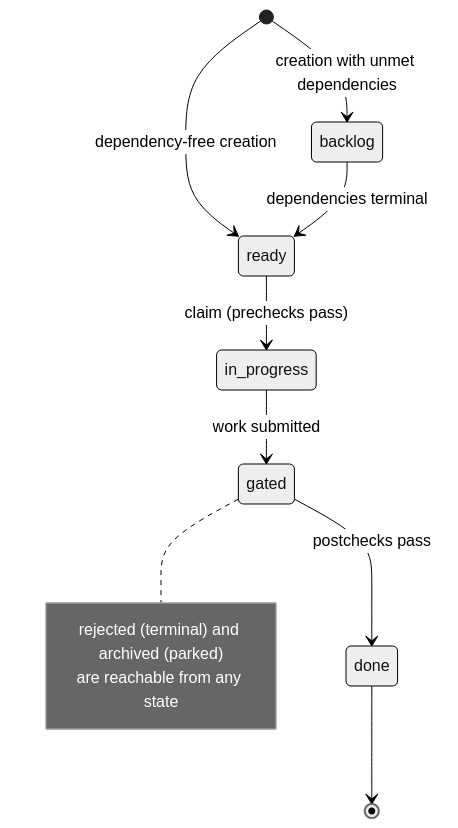
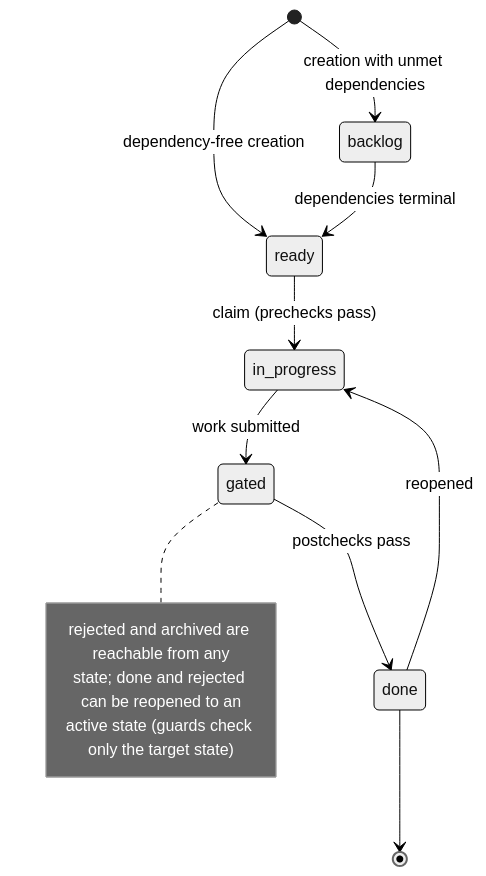
Before and after one commit to erankavija/just-in-time: the diagram in README.md, drawn with Mermaid (neutral theme). The commit also changed other lines of this file and 15 other files, not shown here.

````diff
--- a/README.md
+++ b/README.md
@@ -98,14 +98,16 @@
 ```mermaid
 stateDiagram-v2
     [*] --> ready: dependency-free creation
     [*] --> backlog: creation with unmet dependencies
     backlog --> ready: dependencies terminal
     ready --> in_progress: claim (prechecks pass)
     in_progress --> gated: work submitted
     gated --> done: postchecks pass
     done --> [*]
+    done --> in_progress: reopened
     note right of gated
-        rejected (terminal) and archived (parked)
-        are reachable from any state
+        rejected and archived are reachable from any
+        state; done and rejected can be reopened to an
+        active state (guards check only the target state)
     end note
 ```
````
